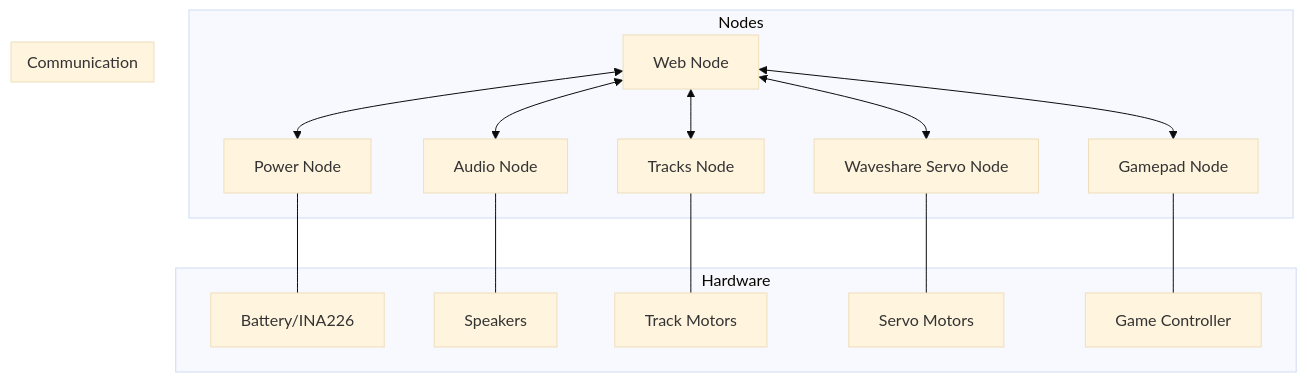
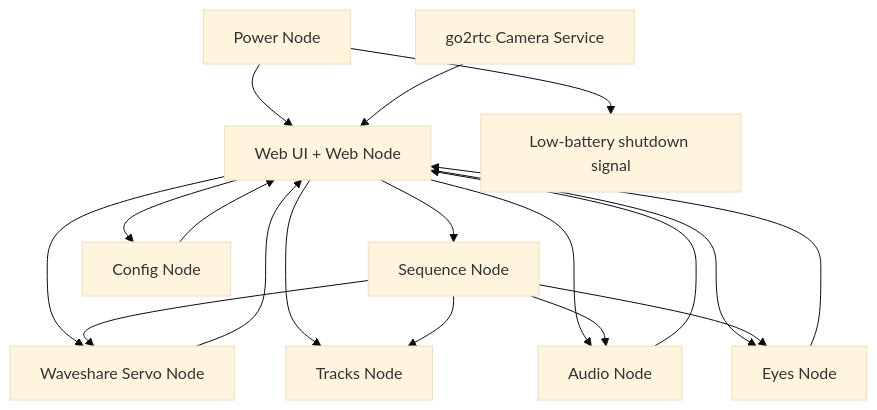
One commit to mneuhaus/wall-e-dora changed the diagram in README.md. Above: the diagram before and after it, drawn with Mermaid (base theme). The commit also changed other lines of this file, not shown here.

````diff
--- a/README.md
+++ b/README.md
@@ -9,33 +31,33 @@
 ```mermaid
 graph TD
-    subgraph Nodes
-        Power[Power Node]
-        Audio[Audio Node]
-        Web[Web Node]
-        Tracks[Tracks Node]
-        Servo[Waveshare Servo Node]
-        Gamepad[Gamepad Node]
-    end
+    Web[Web UI + Web Node]
+    Sequence[Sequence Node]
+    Servo[Waveshare Servo Node]
+    Tracks[Tracks Node]
+    Audio[Audio Node]
+    Eyes[Eyes Node]
+    Power[Power Node]
+    Config[Config Node]
+    Camera[go2rtc Camera Service]
 
-    subgraph Communication
-        Web <--> Power
-        Web <--> Audio
-        Web <--> Tracks
-        Web <--> Servo
-        Web <--> Gamepad
-    end
+    Web --> Sequence
+    Web --> Servo
+    Web --> Audio
+    Web --> Eyes
+    Web --> Config
+    Web --> Tracks
 
-    subgraph Hardware
-        Battery[Battery/INA226]
-        Speakers[Speakers]
-        Motors[Track Motors]
-        ServoMotors[Servo Motors]
-        Controller[Game Controller]
-    end
+    Sequence --> Servo
+    Sequence --> Tracks
+    Sequence --> Audio
+    Sequence --> Eyes
 
-    Power --- Battery
-    Audio --- Speakers
-    Tracks --- Motors
-    Servo --- ServoMotors
-    Gamepad --- Controller
+    Servo --> Web
+    Audio --> Web
+    Eyes --> Web
+    Power --> Web
+    Config --> Web
+
+    Camera --> Web
+    Power --> Shutdown[Low-battery shutdown signal]
 ```
````
